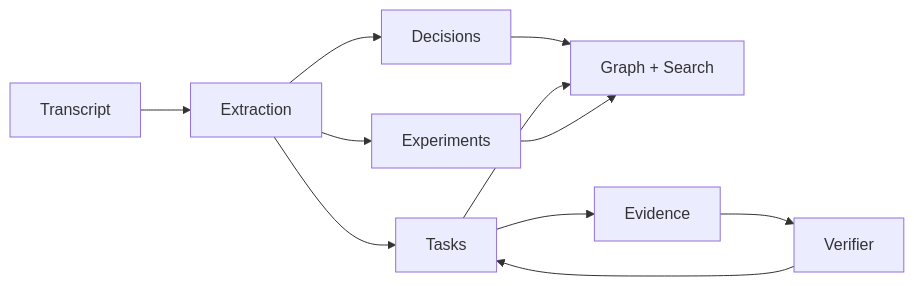
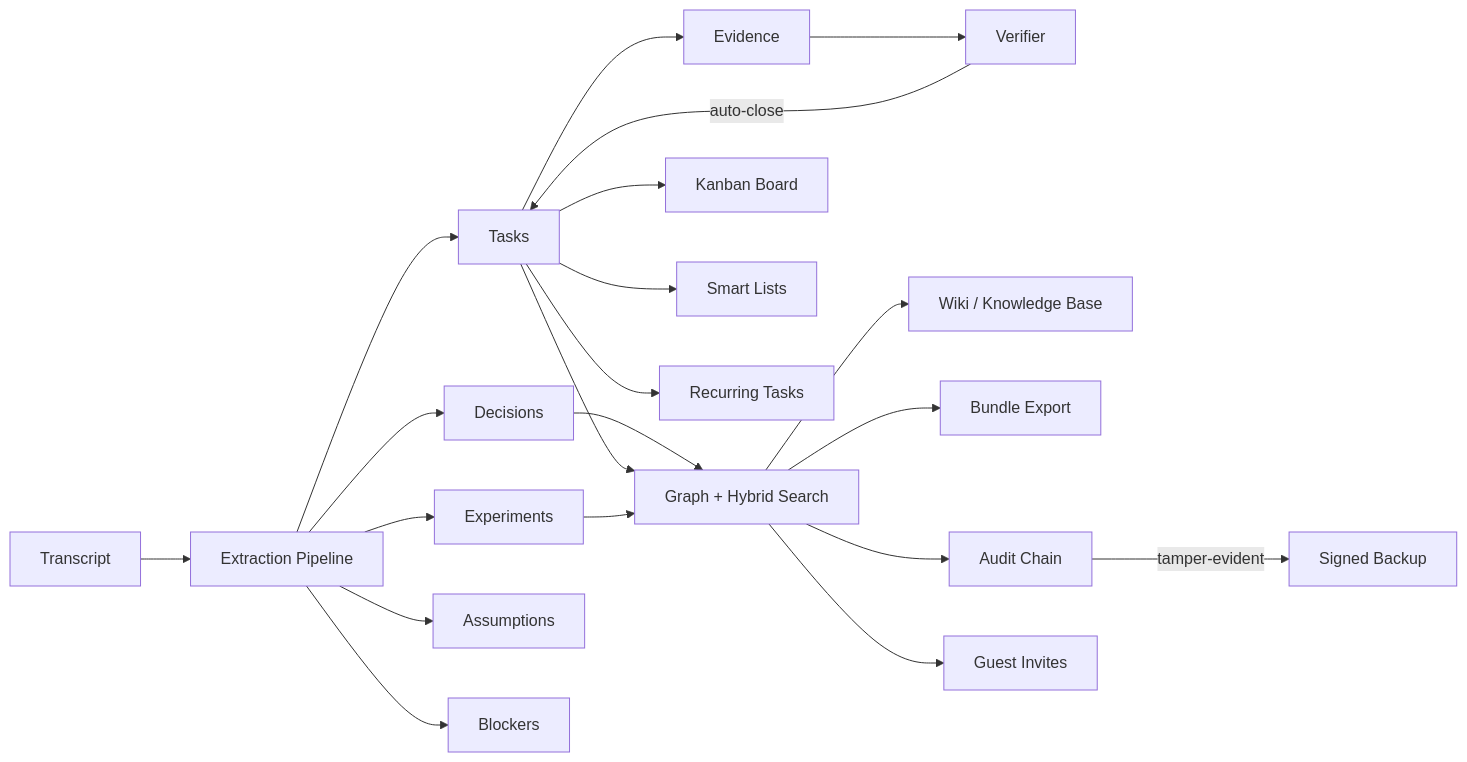
The diagram in docs/index.md (mariam-oss-eng/labflow), drawn with Mermaid before and after one commit. The commit also changed other lines of this file and 12 other files, not shown here.

````diff
--- a/docs/index.md
+++ b/docs/index.md
@@ -40,11 +103,21 @@
 ```mermaid
 flowchart LR
-    T[Transcript] --> EX[Extraction]
+    T[Transcript] --> EX[Extraction Pipeline]
     EX --> D[Decisions]
     EX --> A[Tasks]
     EX --> X[Experiments]
-    D & A & X --> G[Graph + Search]
+    EX --> AS[Assumptions]
+    EX --> B[Blockers]
+    D & A & X --> G[Graph + Hybrid Search]
     A --> EV[Evidence]
     EV --> V[Verifier]
-    V --> A
+    V -->|auto-close| A
+    A --> KB[Kanban Board]
+    A --> SL[Smart Lists]
+    A --> RT[Recurring Tasks]
+    G --> WIKI[Wiki / Knowledge Base]
+    G --> EXP[Bundle Export]
+    G --> AUD[Audit Chain]
+    G --> INV[Guest Invites]
+    AUD -->|tamper-evident| BK[Signed Backup]
 ```
````
